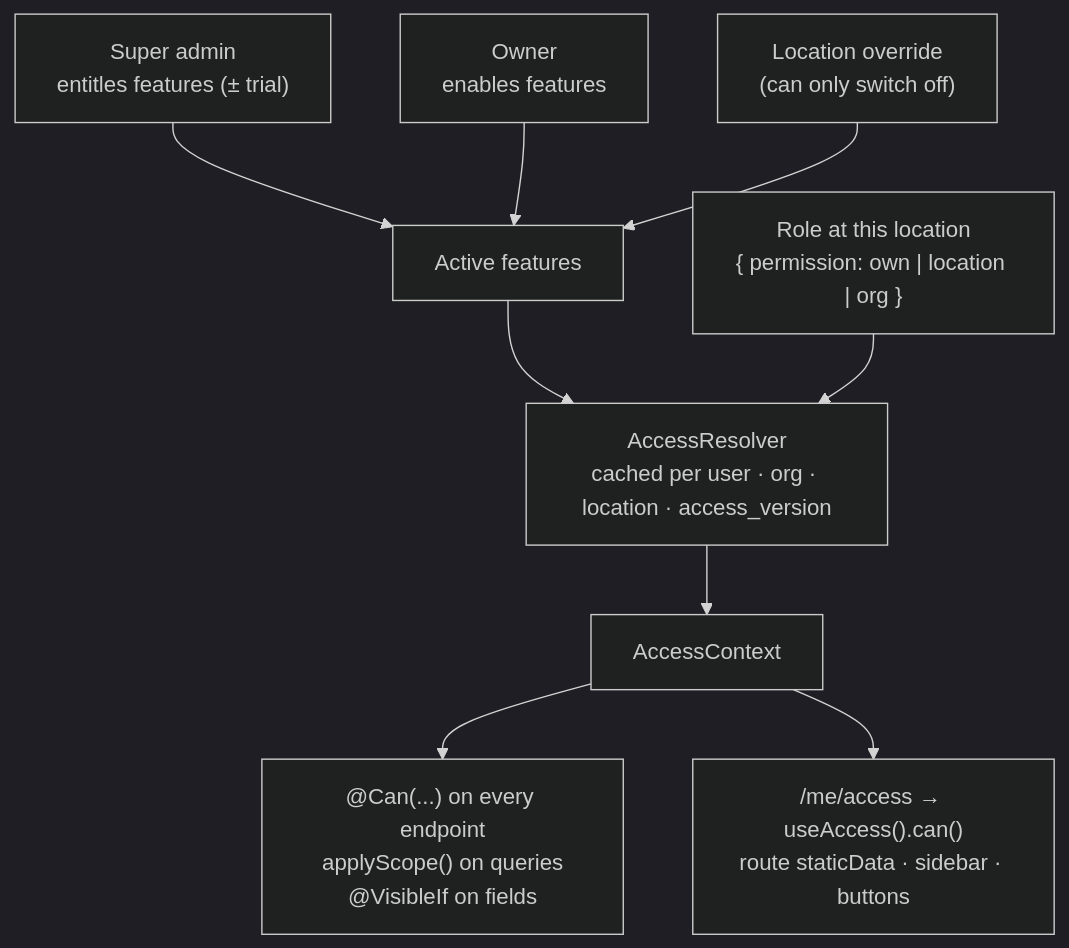
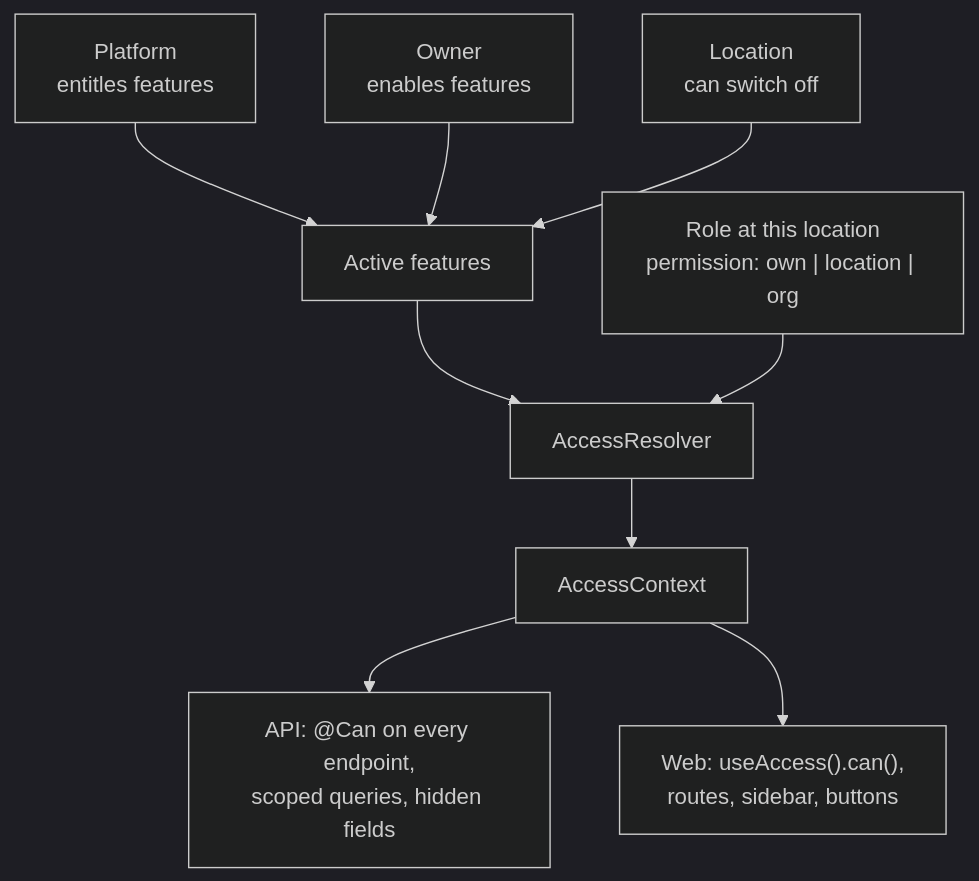
Before and after one commit to moinuddin2004/cms: the second of 2 diagrams in README.md, drawn with Mermaid (dark theme). The commit also changed other lines of this file and 12 other files, not shown here.

````diff
--- a/README.md
+++ b/README.md
@@ -203,13 +267,11 @@
 ```mermaid
 flowchart TB
-    PLAN["Super admin<br/>entitles features (± trial)"] --> ACTIVE
+    PLAN["Platform<br/>entitles features"] --> ACTIVE
     OWNER["Owner<br/>enables features"] --> ACTIVE
-    LOC["Location override<br/>(can only switch off)"] --> ACTIVE
+    LOC["Location<br/>can switch off"] --> ACTIVE
     ACTIVE["Active features"] --> RESOLVE
-
-    ROLE["Role at this location<br/>{ permission: own | location | org }"] --> RESOLVE
-    RESOLVE["AccessResolver<br/>cached per user · org · location · access_version"] --> CTX["AccessContext"]
-
-    CTX --> BE["@Can(...) on every endpoint<br/>applyScope() on queries<br/>@VisibleIf on fields"]
-    CTX --> FE["/me/access → useAccess().can()<br/>route staticData · sidebar · buttons"]
+    ROLE["Role at this location<br/>permission: own | location | org"] --> RESOLVE
+    RESOLVE["AccessResolver"] --> CTX["AccessContext"]
+    CTX --> BE["API: @Can on every endpoint,<br/>scoped queries, hidden fields"]
+    CTX --> FE["Web: useAccess().can(),<br/>routes, sidebar, buttons"]
 ```
````
